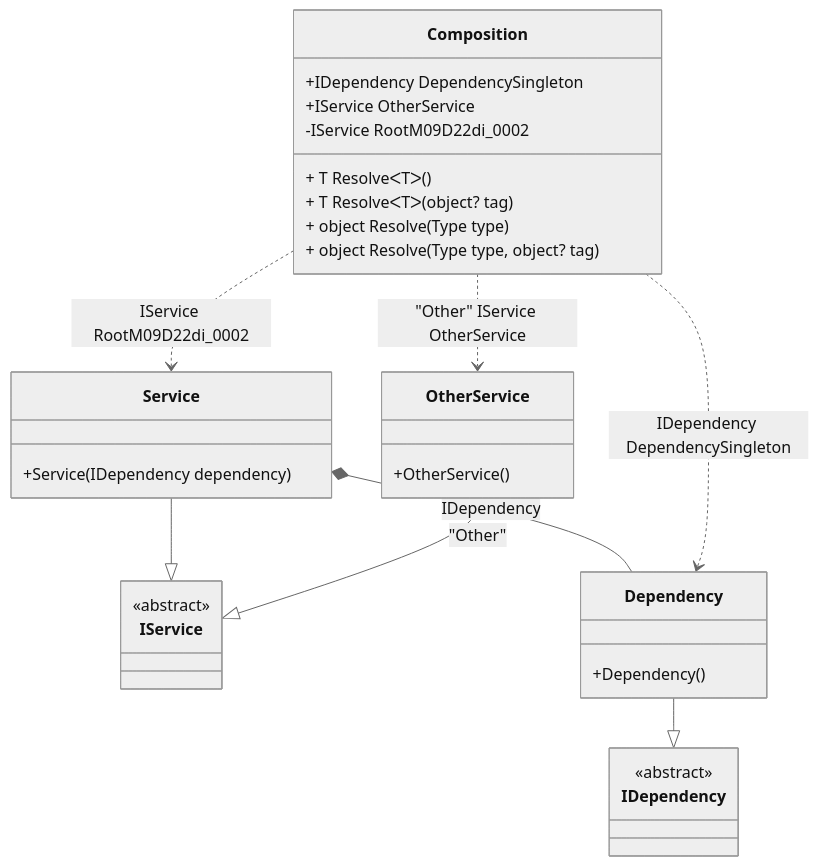
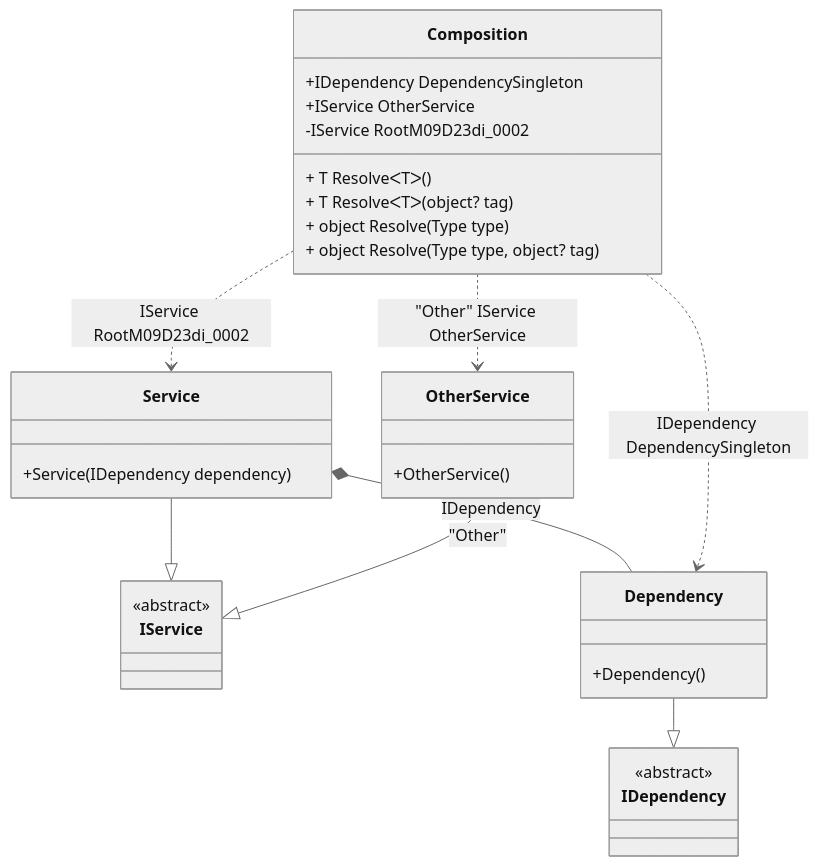
Before and after one commit to DevTeam/Pure.DI: the diagram in readme/resolve-methods.md, drawn with Mermaid (neutral theme). The commit also changed other lines of this file and 71 other files, not shown here.

Commit message:
Optimization of flow-safety of object creation within the composition of objects

````diff
--- a/readme/resolve-methods.md
+++ b/readme/resolve-methods.md
@@ -47,34 +47,34 @@
 ```mermaid
 classDiagram
   class Composition {
     +IDependency DependencySingleton
     +IService OtherService
-    -IService RootM09D22di_0002
+    -IService RootM09D23di_0002
     + T ResolveᐸTᐳ()
     + T ResolveᐸTᐳ(object? tag)
     + object Resolve(Type type)
     + object Resolve(Type type, object? tag)
   }
   Service --|> IService : 
   class Service {
     +Service(IDependency dependency)
   }
   Dependency --|> IDependency : 
   class Dependency {
     +Dependency()
   }
   OtherService --|> IService : "Other" 
   class OtherService {
     +OtherService()
   }
   class IService {
     <<abstract>>
   }
   class IDependency {
     <<abstract>>
   }
   Service *--  Dependency : IDependency
   Composition ..> Dependency : IDependency DependencySingleton
-  Composition ..> Service : IService RootM09D22di_0002
+  Composition ..> Service : IService RootM09D23di_0002
   Composition ..> OtherService : "Other" IService OtherService
 ```
````
